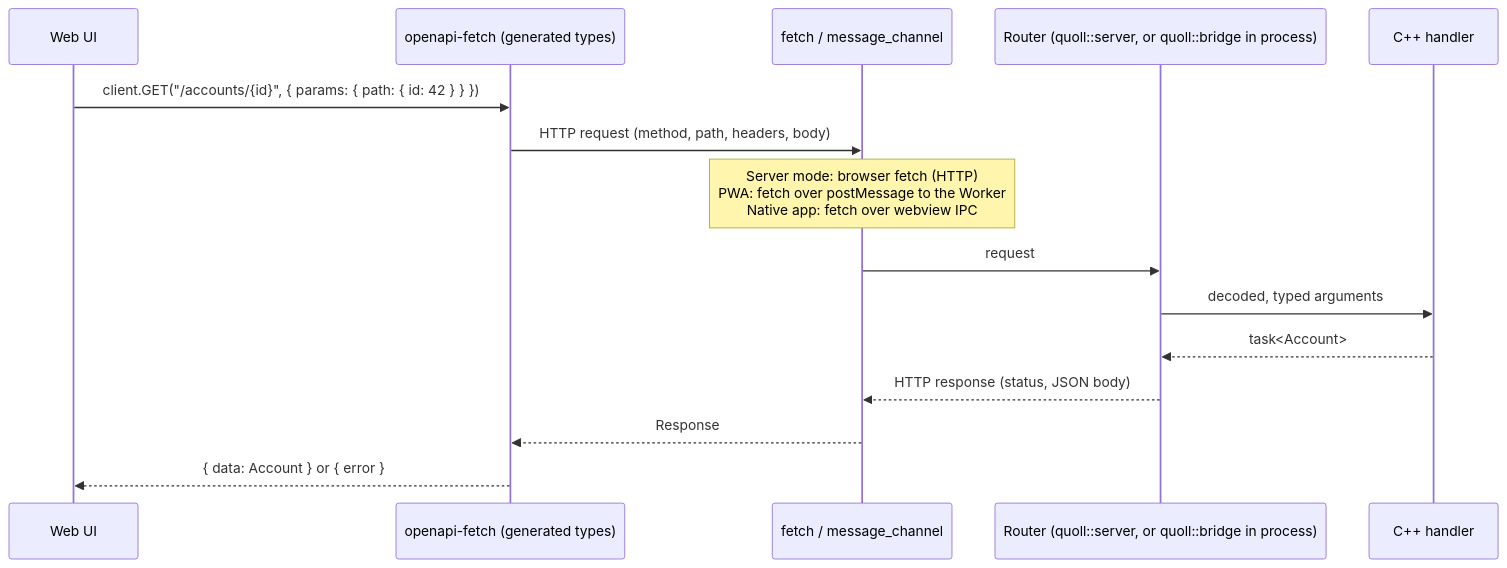
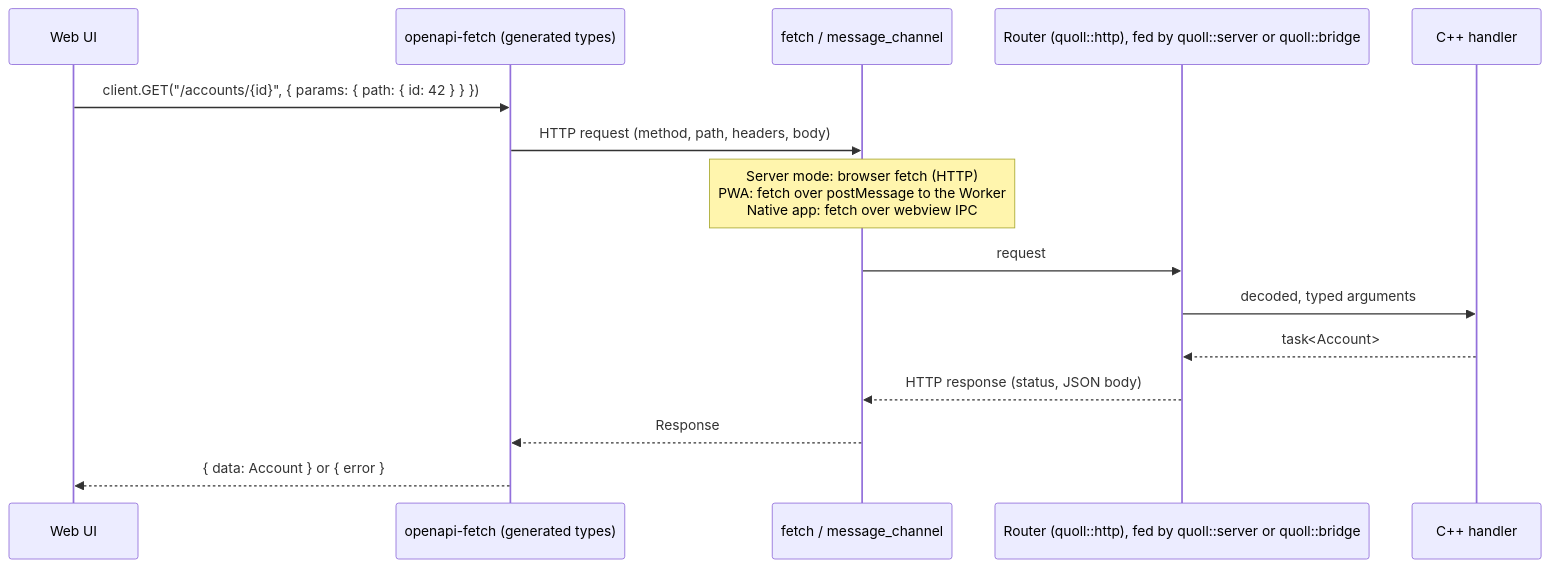
One commit to 4thlabs/quoll changed the seventh of 8 diagrams in docs/PLAN.md. Above: the diagram before and after it, drawn with Mermaid. The commit also changed other lines of this file, not shown here.

First line of the commit message:
Plan: transport-independent router in quoll::http, Server-Sent Events

````diff
--- a/docs/PLAN.md
+++ b/docs/PLAN.md
@@ -214,18 +220,18 @@
 ```mermaid
 sequenceDiagram
   participant UI as Web UI
   participant TS as openapi-fetch (generated types)
   participant CH as fetch / message_channel
-  participant R as Router (quoll::server, or quoll::bridge in process)
+  participant R as Router (quoll::http), fed by quoll::server or quoll::bridge
   participant H as C++ handler
 
   UI->>TS: client.GET("/accounts/{id}", { params: { path: { id: 42 } } })
   TS->>CH: HTTP request (method, path, headers, body)
   Note over CH: Server mode: browser fetch (HTTP)<br/>PWA: fetch over postMessage to the Worker<br/>Native app: fetch over webview IPC
   CH->>R: request
   R->>H: decoded, typed arguments
   H-->>R: task<Account>
   R-->>CH: HTTP response (status, JSON body)
   CH-->>TS: Response
   TS-->>UI: { data: Account } or { error }
 ```
````
